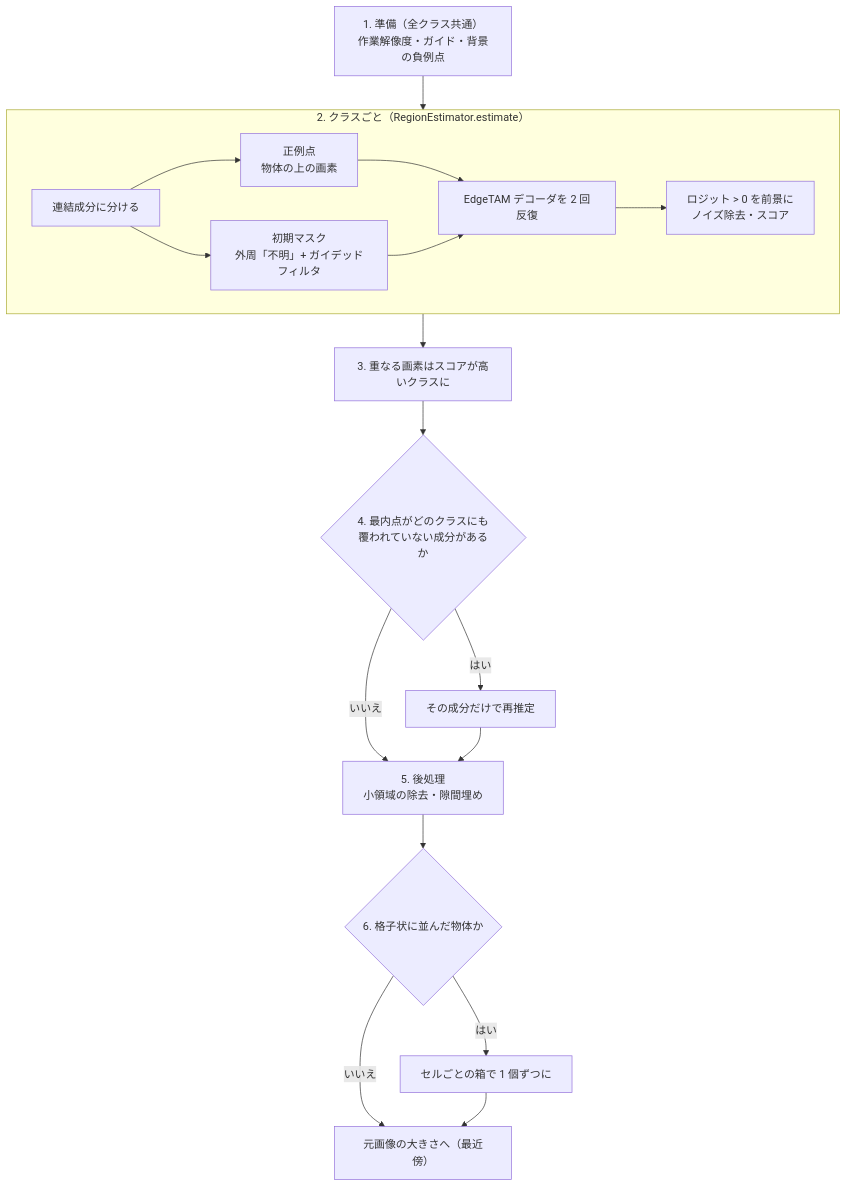
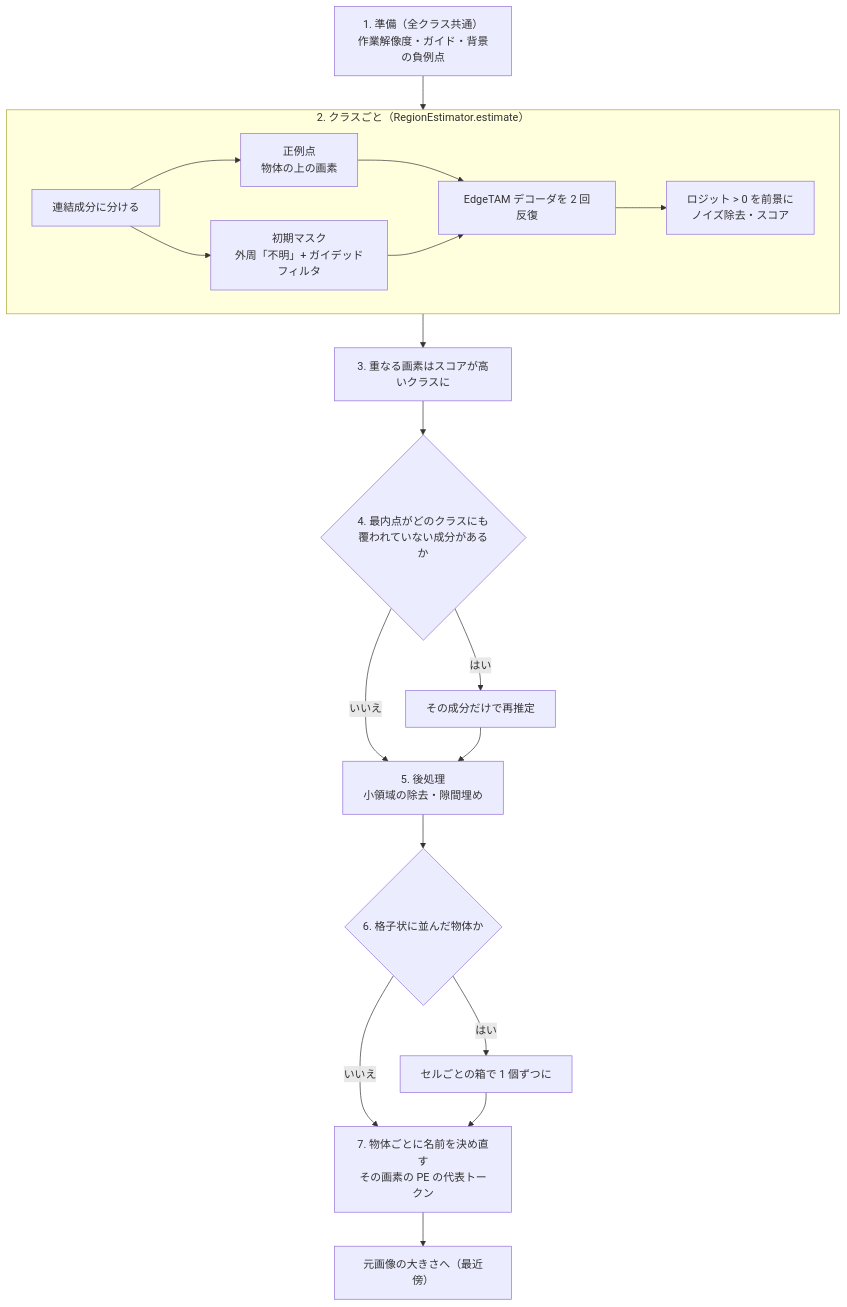
One commit to fklg-64/pe_anything_detect changed the first of 9 diagrams in docs/detailed_segmentation.md. Above: the diagram before and after it, drawn with Mermaid. The commit also changed other lines of this file and 18 other files, not shown here.

````diff
--- a/docs/detailed_segmentation.md
+++ b/docs/detailed_segmentation.md
@@ -15,21 +15,22 @@
 ```mermaid
 flowchart TD
     S["1. 準備（全クラス共通）<br/>作業解像度・ガイド・背景の負例点"] --> C
     subgraph C["2. クラスごと（RegionEstimator.estimate）"]
         direction LR
         C1["連結成分に分ける"] --> C2["正例点<br/>物体の上の画素"]
         C1 --> C3["初期マスク<br/>外周「不明」+ ガイデッドフィルタ"]
         C2 --> C4["EdgeTAM デコーダを 2 回反復"]
         C3 --> C4
         C4 --> C5["ロジット > 0 を前景に<br/>ノイズ除去・スコア"]
     end
     C --> M["3. 重なる画素はスコアが高いクラスに"]
     M --> R{"4. 最内点がどのクラスにも<br/>覆われていない成分があるか"}
     R -->|はい| R2["その成分だけで再推定"]
     R -->|いいえ| P
     R2 --> P["5. 後処理<br/>小領域の除去・隙間埋め"]
     P --> G{"6. 格子状に並んだ物体か"}
     G -->|はい| G2["セルごとの箱で 1 個ずつに"]
-    G -->|いいえ| Z
-    G2 --> Z["元画像の大きさへ（最近傍）"]
+    G -->|いいえ| N
+    G2 --> N["7. 物体ごとに名前を決め直す<br/>その画素の PE の代表トークン"]
+    N --> Z["元画像の大きさへ（最近傍）"]
 ```
````
